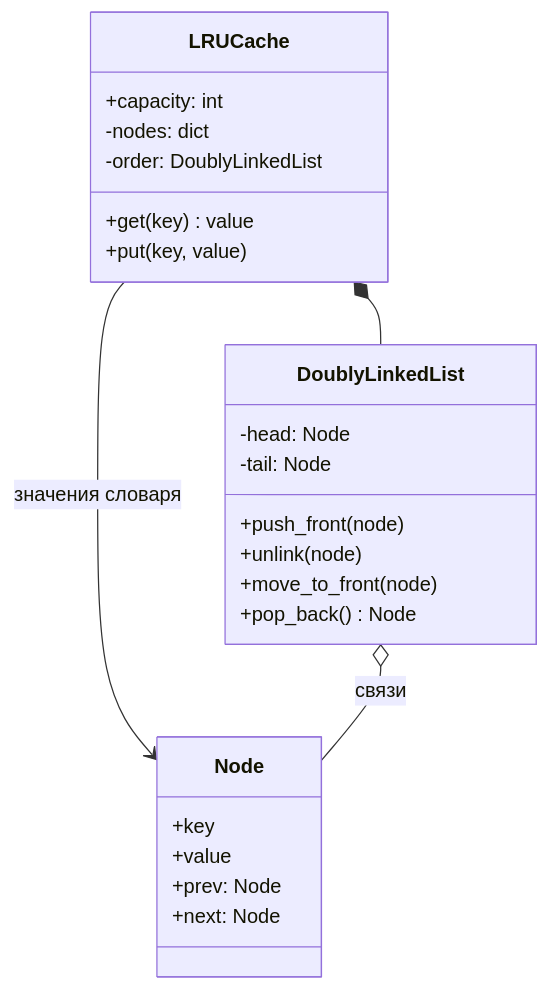
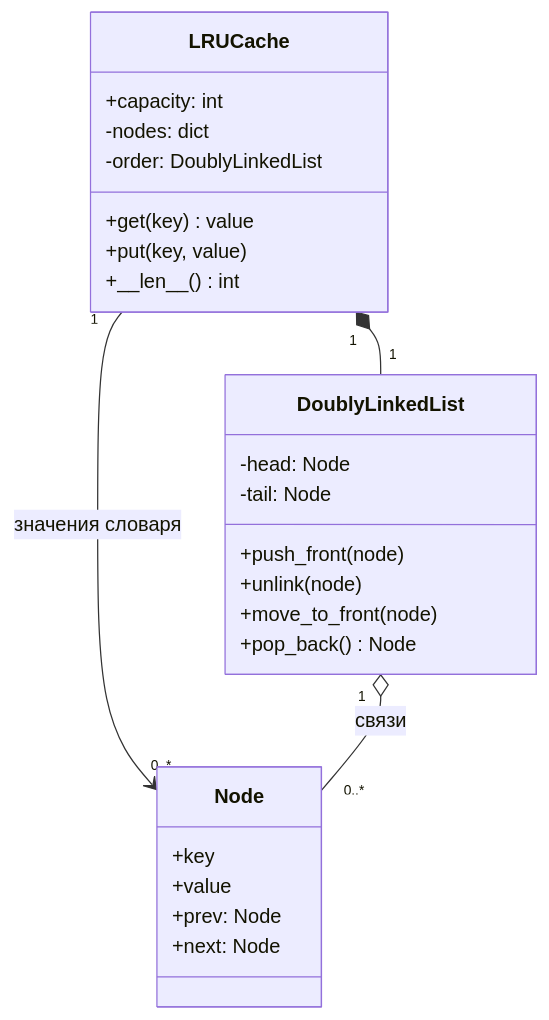
Before and after one commit to butyavk/system-design: the diagram in src/content/docs/ru/ood/lru-cache.mdx, drawn with Mermaid. The commit also changed 144 other files, not shown here.

````diff
--- a/src/content/docs/ru/ood/lru-cache.mdx
+++ b/src/content/docs/ru/ood/lru-cache.mdx
@@ -35,27 +35,28 @@
 ```mermaid
 classDiagram
   class LRUCache {
     +capacity: int
     -nodes: dict
     -order: DoublyLinkedList
     +get(key) value
     +put(key, value)
+    +\_\_len\_\_() int
   }
   class DoublyLinkedList {
     -head: Node
     -tail: Node
     +push_front(node)
     +unlink(node)
     +move_to_front(node)
     +pop_back() Node
   }
   class Node {
     +key
     +value
     +prev: Node
     +next: Node
   }
-  LRUCache *-- DoublyLinkedList
-  LRUCache --> Node : значения словаря
-  DoublyLinkedList o-- Node : связи
+  LRUCache "1" *-- "1" DoublyLinkedList
+  LRUCache "1" --> "0..*" Node : значения словаря
+  DoublyLinkedList "1" o-- "0..*" Node : связи
 ```
````
